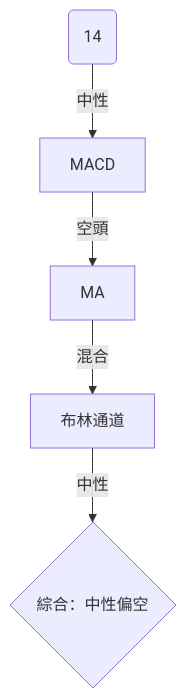
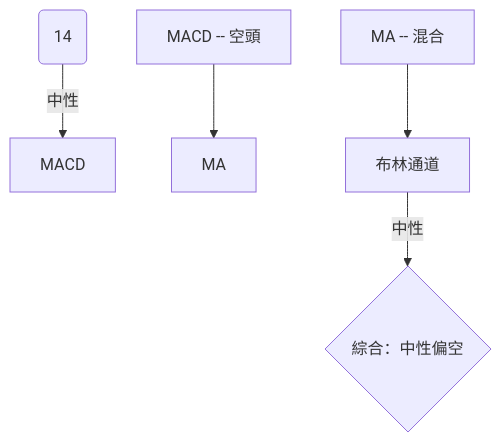
One commit to yennanliu/finance_data changed the fifth of 10 diagrams in ai_gen_report/stock/pltr/technical_analysis_2026-04-06_openai.md. Above: the diagram before and after it, drawn with Mermaid. The commit also changed other lines of this file and 2258 other files, not shown here.

First line of the commit message:
chore: backfill Mermaid syntax repair across existing reports

````diff
--- a/ai_gen_report/stock/pltr/technical_analysis_2026-04-06_openai.md
+++ b/ai_gen_report/stock/pltr/technical_analysis_2026-04-06_openai.md
@@ -232,7 +232,7 @@
 ```mermaid
 graph TD
-    RSI(14) -- 中性 --> MACD
-    MACD -- 空頭 --> MA
-    MA -- 混合 --> 布林通道
+    RSI("14") -- 中性 --> MACD
+    nb1["MACD -- 空頭"] --> MA
+    nb2["MA -- 混合"] --> 布林通道
     布林通道 -- 中性 --> 總結{"綜合：中性偏空"}
 ```
````
